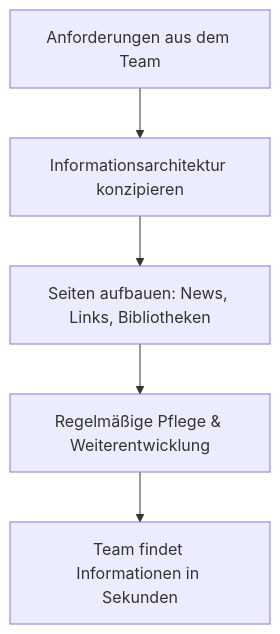
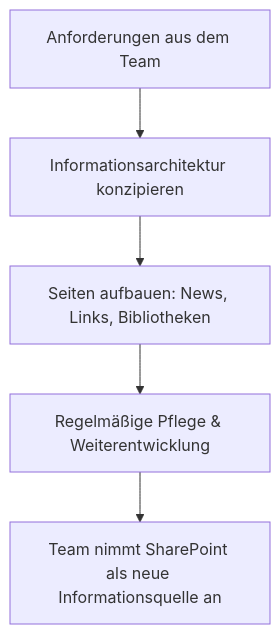
The diagram in projects/03-sharepoint-aufbau/README.md (AnnetteKornmann/AnnetteKornmann), drawn with Mermaid before and after one commit.

````diff
--- a/projects/03-sharepoint-aufbau/README.md
+++ b/projects/03-sharepoint-aufbau/README.md
@@ -23,7 +23,7 @@
 ```mermaid
 flowchart TD
     A[Anforderungen aus dem Team] --> B[Informationsarchitektur konzipieren]
     B --> C[Seiten aufbauen: News, Links, Bibliotheken]
     C --> D[Regelmäßige Pflege &amp; Weiterentwicklung]
-    D --> E[Team findet Informationen in Sekunden]
+    D --> E[Team nimmt SharePoint als neue Informationsquelle an]
 ```
````
